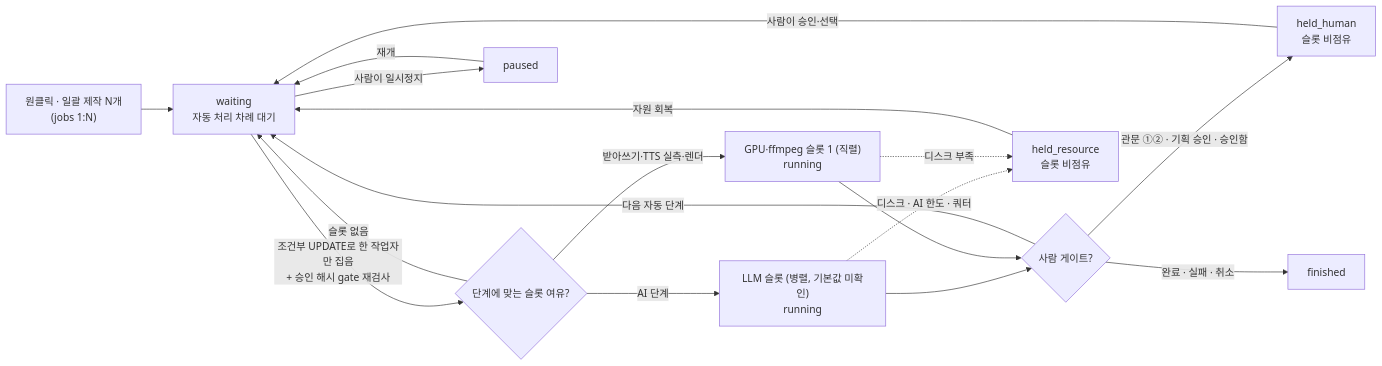
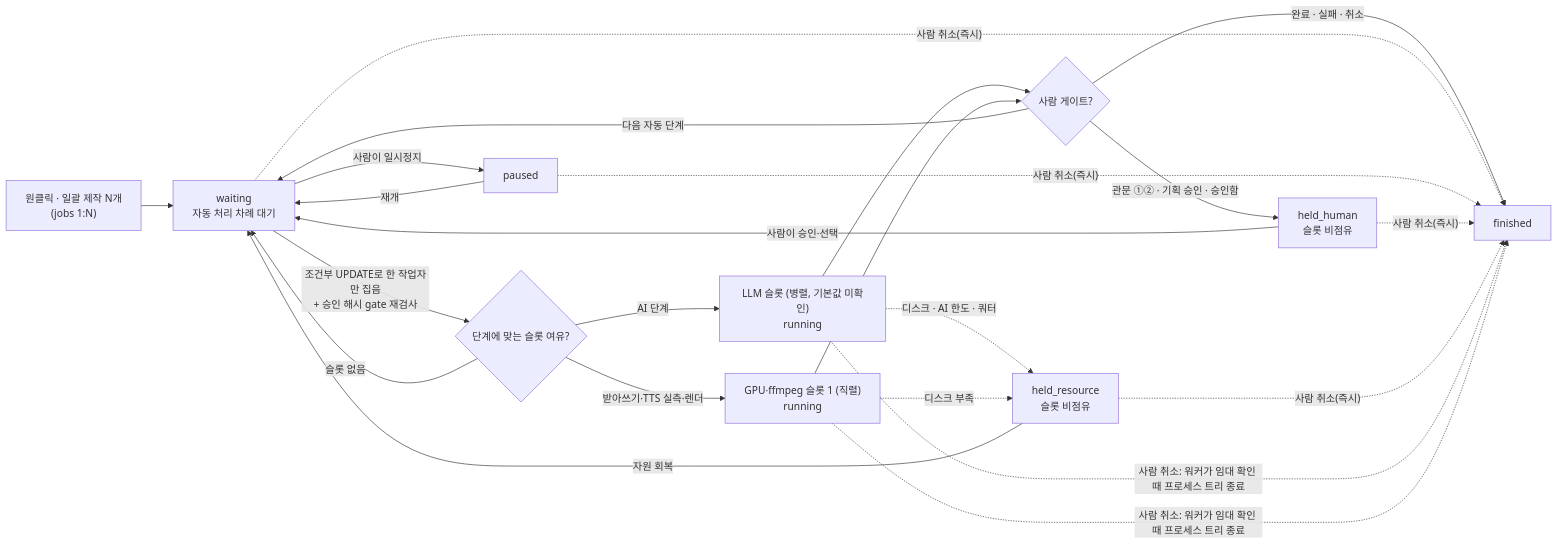
One commit to DevOps0906/CineDram-Studio changed the diagram in docs/diagrams/queue-flow.mmd. Above: the diagram before and after it, drawn with Mermaid. The commit also changed 4 other files, not shown here.

```diff
--- a/docs/diagrams/queue-flow.mmd
+++ b/docs/diagrams/queue-flow.mmd
@@ -1,17 +1,23 @@
 flowchart LR
   IN["원클릭 · 일괄 제작 N개<br/>(jobs 1:N)"] --> W["waiting<br/>자동 처리 차례 대기"]
   W -->|"조건부 UPDATE로 한 작업자만 집음<br/>+ 승인 해시 gate 재검사"| R{"단계에 맞는 슬롯 여유?"}
   R -->|"AI 단계"| L["LLM 슬롯 (병렬, 기본값 미확인)<br/>running"]
   R -->|"받아쓰기·TTS 실측·렌더"| G["GPU·ffmpeg 슬롯 1 (직렬)<br/>running"]
   R -->|"슬롯 없음"| W
   L --> H{"사람 게이트?"}
   G --> H
   H -->|"관문 ①② · 기획 승인 · 승인함"| HH["held_human<br/>슬롯 비점유"]
   HH -->|"사람이 승인·선택"| W
   H -->|"다음 자동 단계"| W
   L -.->|"디스크 · AI 한도 · 쿼터"| HR["held_resource<br/>슬롯 비점유"]
   G -.->|"디스크 부족"| HR
   HR -->|"자원 회복"| W
   W -->|"사람이 일시정지"| P["paused"]
   P -->|"재개"| W
   H -->|"완료 · 실패 · 취소"| F["finished"]
+  W -.->|"사람 취소(즉시)"| F
+  P -.->|"사람 취소(즉시)"| F
+  HH -.->|"사람 취소(즉시)"| F
+  HR -.->|"사람 취소(즉시)"| F
+  L -.->|"사람 취소: 워커가 임대 확인 때 프로세스 트리 종료"| F
+  G -.->|"사람 취소: 워커가 임대 확인 때 프로세스 트리 종료"| F
```
